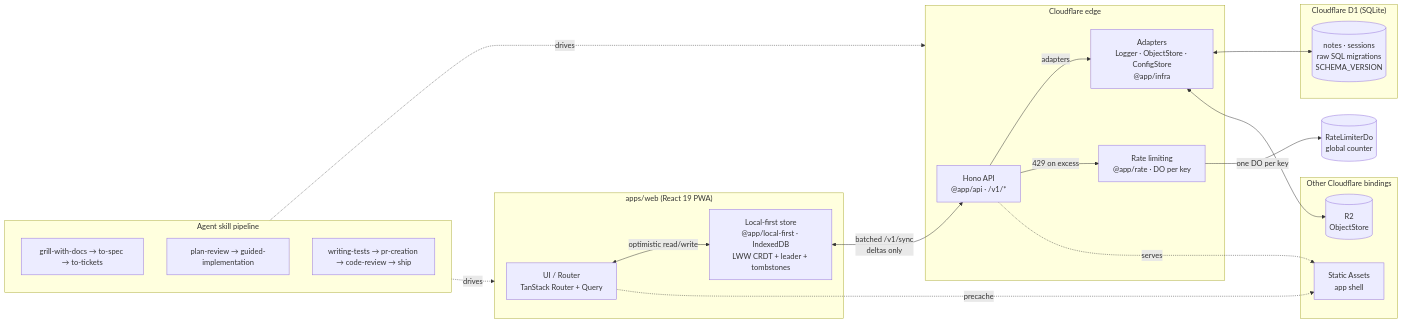
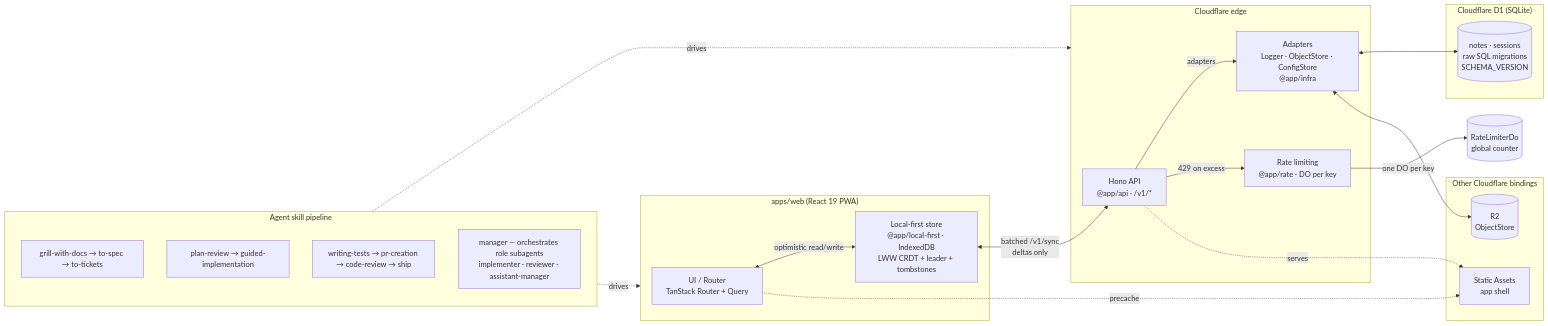
One commit to ahaqqu/KajianQ changed the diagram in README.md. Above: the diagram before and after it, drawn with Mermaid. The commit also changed other lines of this file and 13 other files, not shown here.

````diff
--- a/README.md
+++ b/README.md
@@ -57,40 +57,41 @@
 ```mermaid
 flowchart LR
   subgraph Client["apps/web (React 19 PWA)"]
     UI["UI / Router<br/>TanStack Router + Query"]
     Store["Local-first store<br/>@app/local-first · IndexedDB<br/>LWW CRDT + leader + tombstones"]
   end
 
   subgraph Edge["Cloudflare edge"]
     WHono["Hono API<br/>@app/api · /v1/*"]
     Adapters["Adapters<br/>Logger · ObjectStore · ConfigStore<br/>@app/infra"]
     RateLimit["Rate limiting<br/>@app/rate · DO per key"]
   end
 
   subgraph Data["Cloudflare D1 (SQLite)"]
     DB[("notes · sessions<br/>raw SQL migrations<br/>SCHEMA_VERSION")]
   end
 
   subgraph Backing["Other Cloudflare bindings"]
     R2[("R2<br/>ObjectStore")]
     Static["Static Assets<br/>app shell"]
   end
 
   subgraph Skills["Agent skill pipeline"]
     S1["grill-with-docs → to-spec → to-tickets"]
     S2["plan-review → guided-implementation"]
     S3["writing-tests → pr-creation → code-review → ship"]
+    S0["manager — orchestrates role subagents<br/>implementer · reviewer · assistant-manager"]
   end
 
   UI <-->|optimistic read/write| Store
   Store <-->|batched /v1/sync<br/>deltas only| WHono
   WHono -->|adapters| Adapters
   WHono -->|429 on excess| RateLimit
   RateLimit -->|one DO per key| DO[("RateLimiterDo<br/>global counter")]
   Adapters <--> DB
   Adapters <--> R2
   WHono -. serves .-> Static
   UI -. precache .-> Static
   Skills -. drives .-> Edge
   Skills -. drives .-> Client
 ```
````
